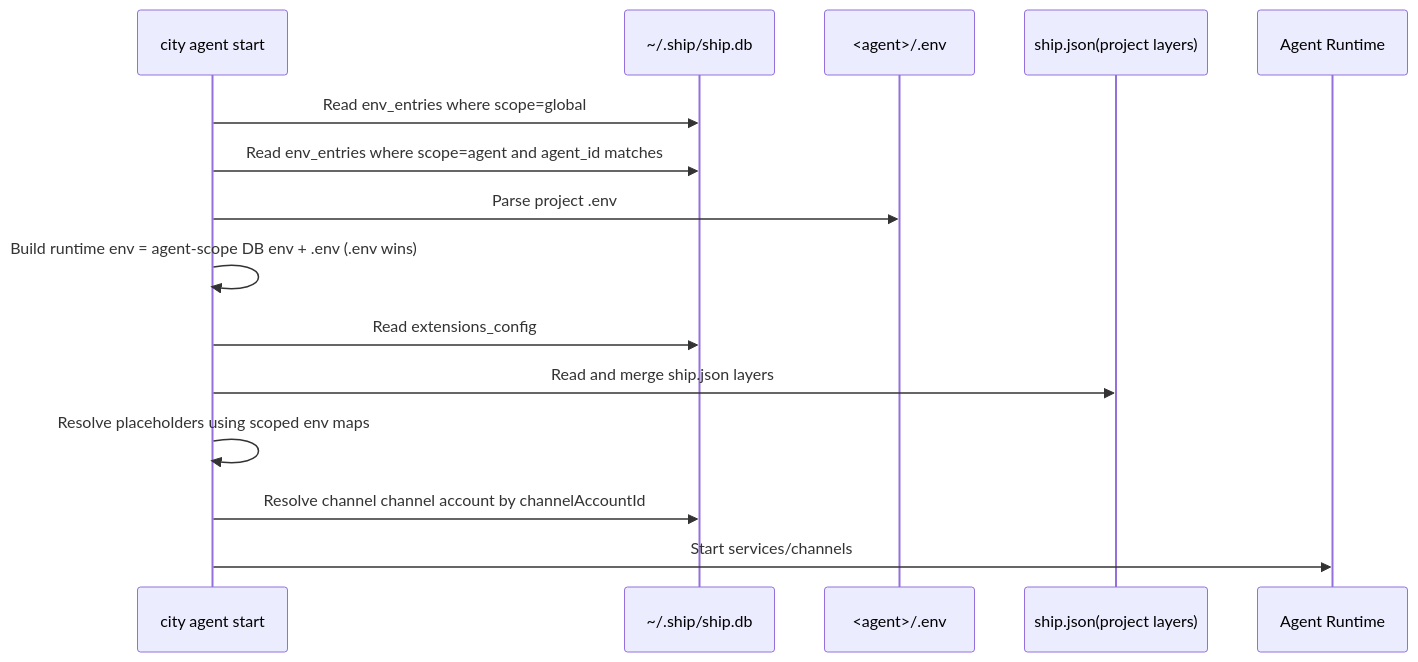
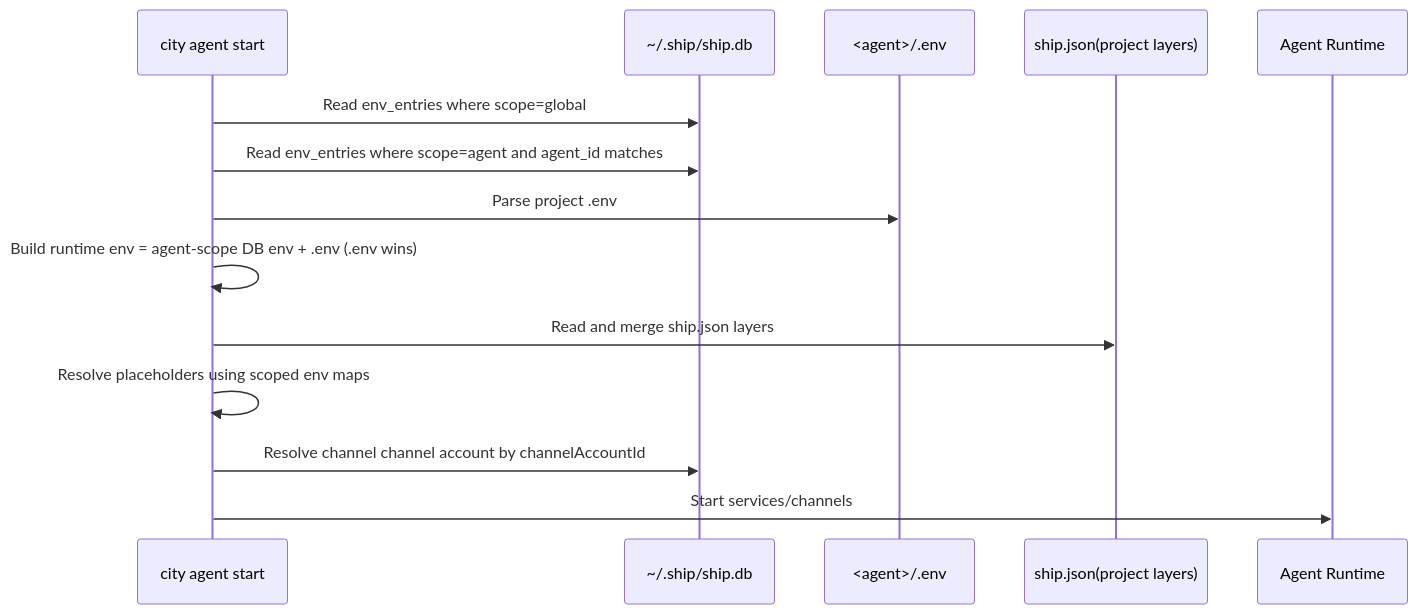
One commit to wangenius/downcity changed the first of 2 diagrams in homepage/content/docs/en/configuration/environment-variables.mdx. Above: the diagram before and after it, drawn with Mermaid. The commit also changed other lines of this file and 189 other files, not shown here.

````diff
--- a/homepage/content/docs/en/configuration/environment-variables.mdx
+++ b/homepage/content/docs/en/configuration/environment-variables.mdx
@@ -36,18 +36,17 @@
 ```mermaid
 sequenceDiagram
   participant CLI as city agent start
   participant DB as ~/.ship/ship.db
   participant ENV as <agent>/.env
   participant JSON as ship.json(project layers)
   participant RT as Agent Runtime
 
   CLI->>DB: Read env_entries where scope=global
   CLI->>DB: Read env_entries where scope=agent and agent_id matches
   CLI->>ENV: Parse project .env
   CLI->>CLI: Build runtime env = agent-scope DB env + .env (.env wins)
-  CLI->>DB: Read extensions_config
   CLI->>JSON: Read and merge ship.json layers
   CLI->>CLI: Resolve placeholders using scoped env maps
   CLI->>DB: Resolve channel channel account by channelAccountId
   CLI->>RT: Start services/channels
 ```
````
